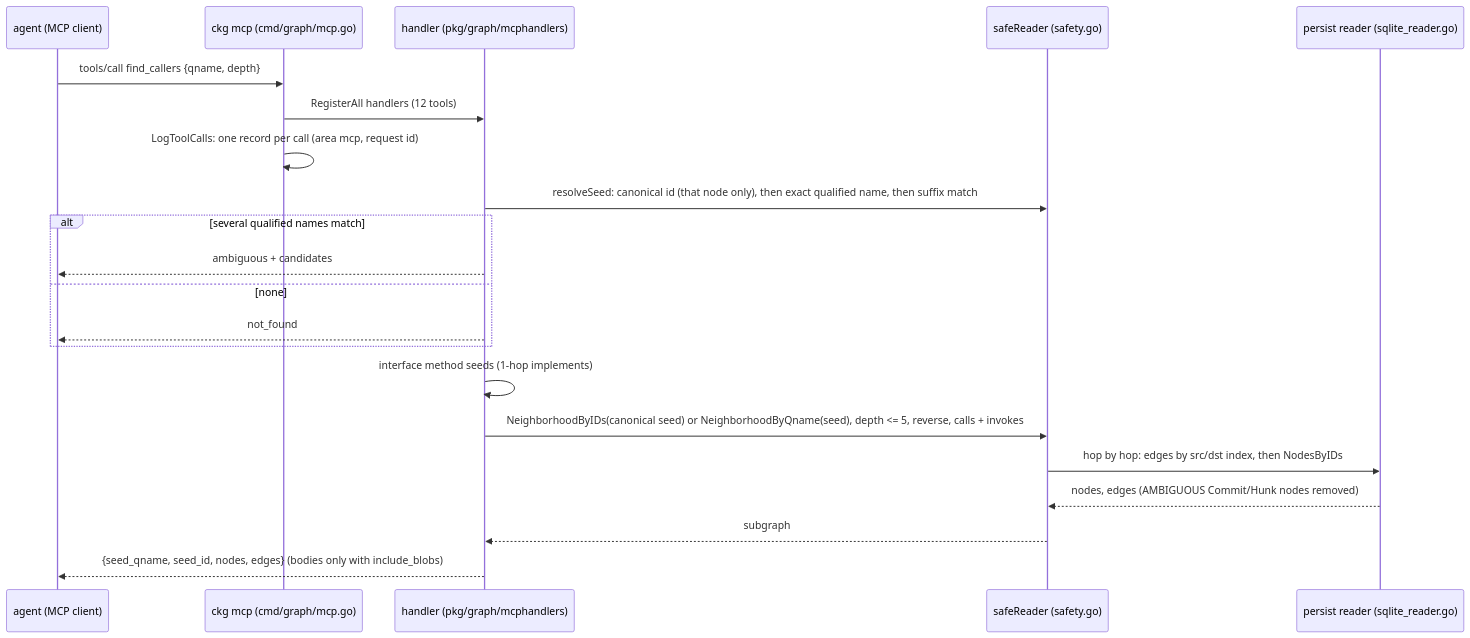
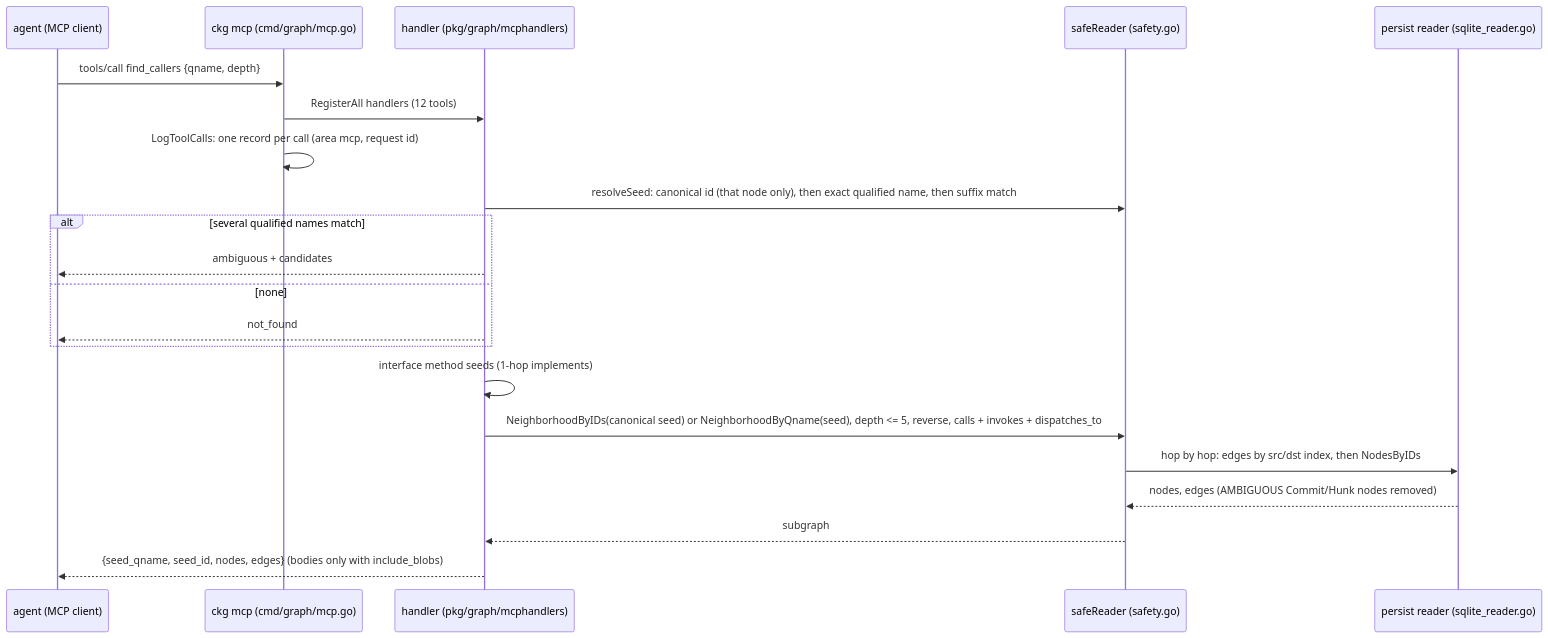
The sixth of 8 diagrams in docs/graph/CKG-STRUCTURE.md (0xmhha/knowledge-system), drawn with Mermaid before and after one commit. The commit also changed other lines of this file and 85 other files, not shown here.

````diff
--- a/docs/graph/CKG-STRUCTURE.md
+++ b/docs/graph/CKG-STRUCTURE.md
@@ -300,23 +361,23 @@
 ```mermaid
 sequenceDiagram
   participant A as agent (MCP client)
   participant M as ckg mcp (cmd/graph/mcp.go)
   participant H as handler (pkg/graph/mcphandlers)
   participant Q as safeReader (safety.go)
   participant S as persist reader (sqlite_reader.go)
   A->>M: tools/call find_callers {qname, depth}
   M->>H: RegisterAll handlers (12 tools)
   M->>M: LogToolCalls: one record per call (area mcp, request id)
   H->>Q: resolveSeed: canonical id (that node only), then exact qualified name, then suffix match
   alt several qualified names match
     H-->>A: ambiguous + candidates
   else none
     H-->>A: not_found
   end
   H->>H: interface method seeds (1-hop implements)
-  H->>Q: NeighborhoodByIDs(canonical seed) or NeighborhoodByQname(seed), depth <= 5, reverse, calls + invokes
+  H->>Q: NeighborhoodByIDs(canonical seed) or NeighborhoodByQname(seed), depth <= 5, reverse, calls + invokes + dispatches_to
   Q->>S: hop by hop: edges by src/dst index, then NodesByIDs
   S-->>Q: nodes, edges (AMBIGUOUS Commit/Hunk nodes removed)
   Q-->>H: subgraph
   H-->>A: {seed_qname, seed_id, nodes, edges} (bodies only with include_blobs)
 ```
````
